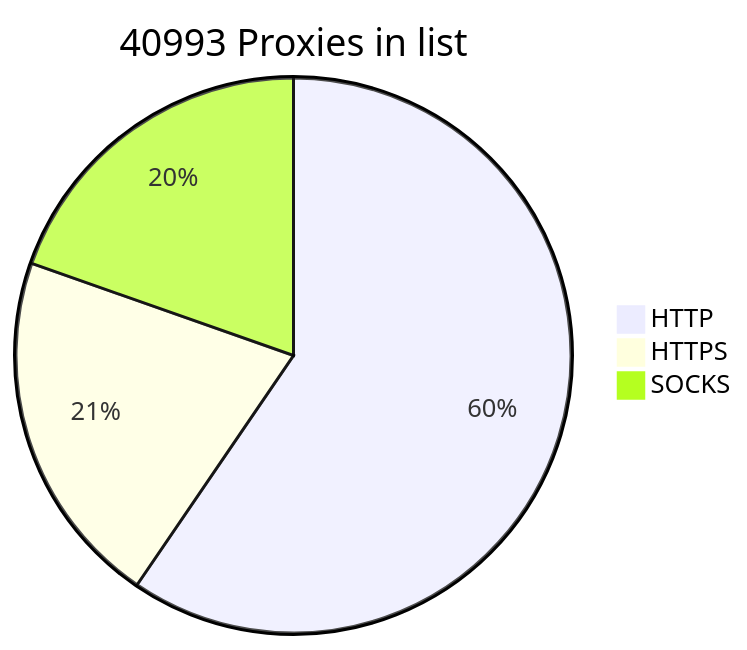
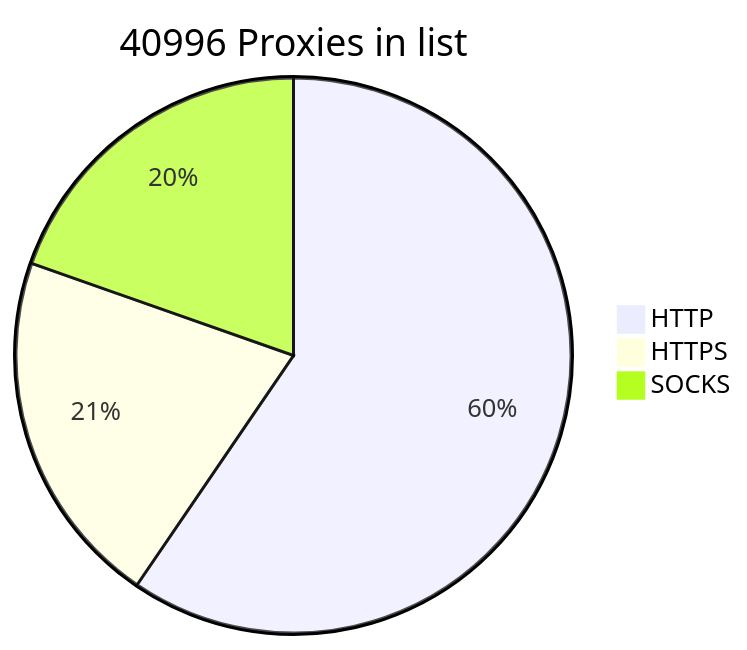
Before and after one commit to BlackSnowDot/proxylist-update-every-minute: the diagram in README.md, drawn with Mermaid.

````diff
--- a/README.md
+++ b/README.md
@@ -2,6 +2,6 @@
 ```mermaid
-pie title 40993 Proxies in list
-    "HTTP" : 28379
+pie title 40996 Proxies in list
+    "HTTP" : 28381
     "HTTPS": 9942
-    "SOCKS" : 9352
+    "SOCKS" : 9353
 ```
````
